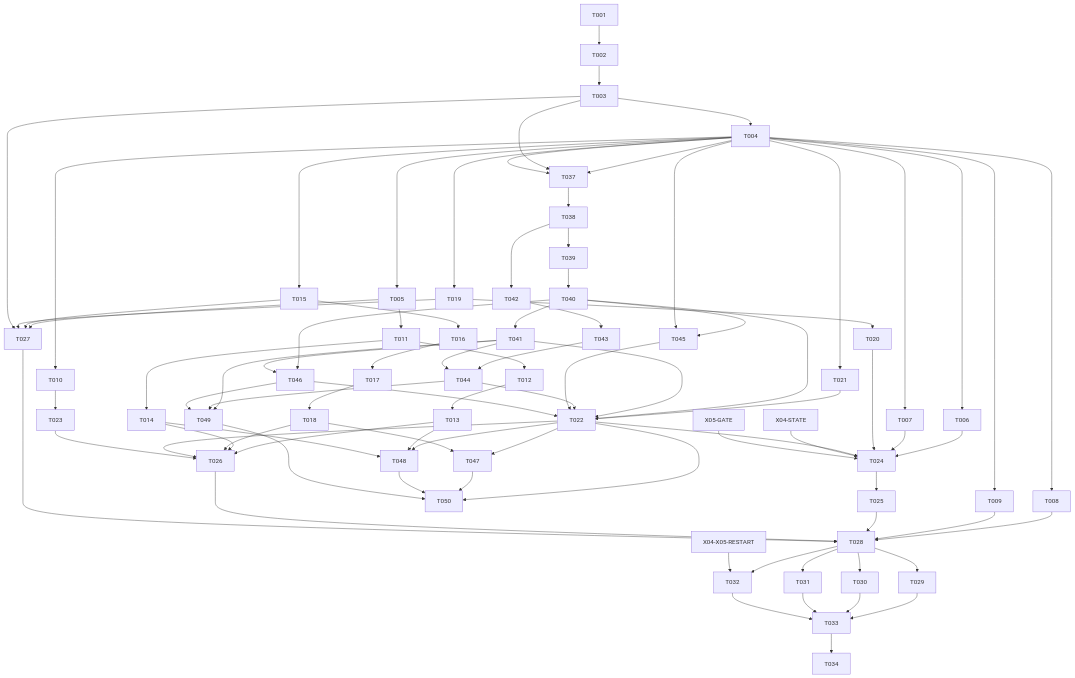
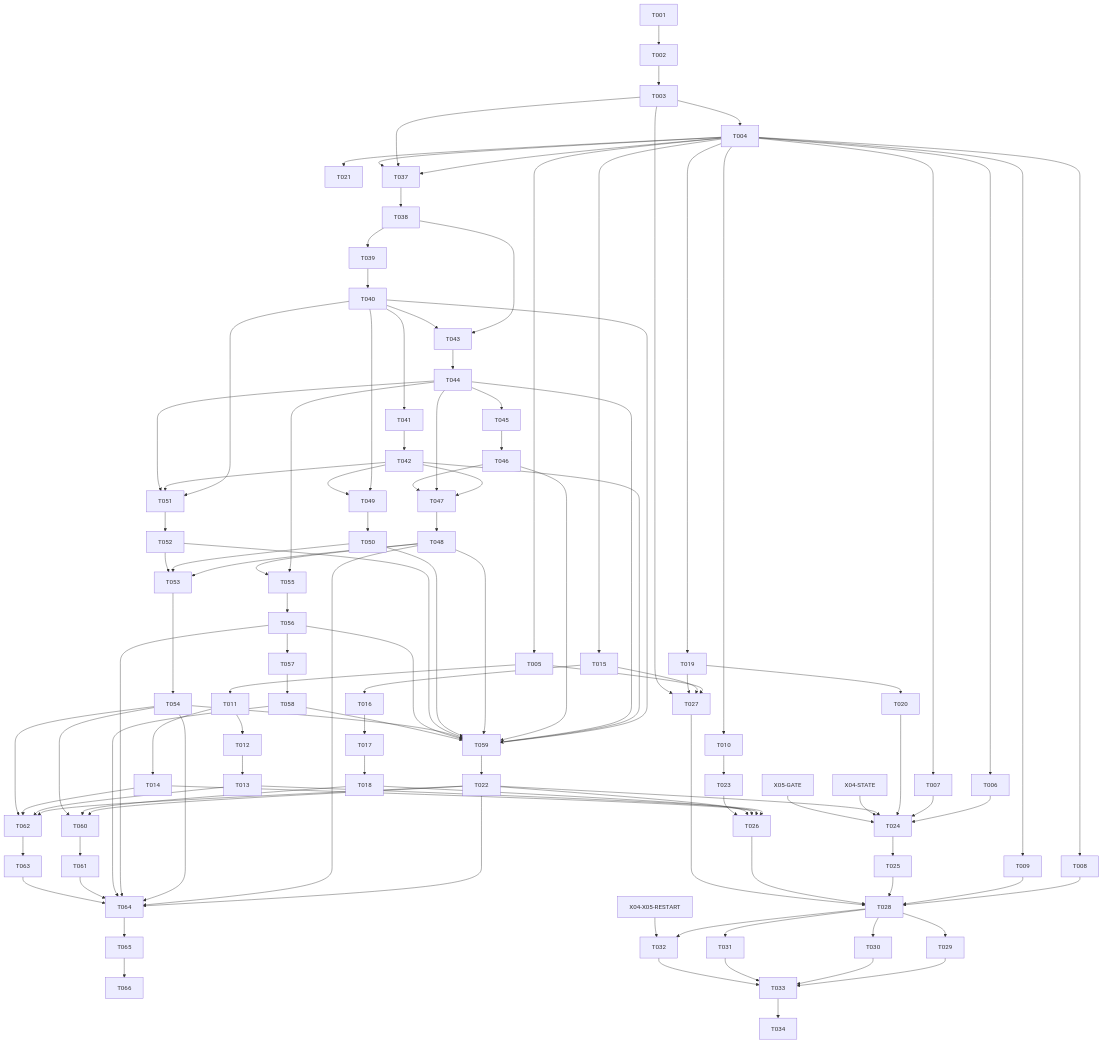
Before and after one commit to pminhtaiii/slop-loop: the diagram in specs/001-verified-code-repair/tasks.md, drawn with Mermaid. The commit also changed other lines of this file and 2 other files, not shown here.

````diff
--- a/specs/001-verified-code-repair/tasks.md
+++ b/specs/001-verified-code-repair/tasks.md
@@ -251,31 +251,33 @@
 ```mermaid
 flowchart TD
     T001 --> T002 --> T003 --> T004
     T004 --> T005 & T006 & T007 & T008 & T009 & T010 & T015 & T019 & T021 & T037
     T005 --> T011
     T011 --> T012 --> T013
     T011 --> T014
     T015 --> T016 --> T017 --> T018
     T019 --> T020
     T010 --> T023
-    T003 & T004 --> T037 --> T038 --> T039 --> T040 --> T041
-    T038 --> T042 --> T043 --> T044
-    T041 --> T044
-    T040 & T004 --> T045
-    T040 & T041 --> T046
-    T021 & T040 & T041 & T044 & T045 & T046 --> T022
-    T022 & T018 --> T047
-    T022 & T013 & T014 --> T048
-    T041 & T044 & T046 --> T049
-    T022 & T047 & T048 & T049 --> T050
+    T003 & T004 --> T037 --> T038 --> T039 --> T040 --> T041 --> T042
+    T038 & T040 --> T043 --> T044
+    T040 & T042 --> T049 --> T050
+    T040 & T042 & T044 --> T051 --> T052
+    T044 --> T045 --> T046
+    T042 & T044 & T046 --> T047 --> T048
+    T048 & T050 & T052 --> T053 --> T054
+    T044 & T048 --> T055 --> T056 --> T057 --> T058
+    T040 & T042 & T044 & T046 & T048 & T050 & T052 & T054 & T056 & T058 --> T059 --> T022
+    T022 & T018 & T054 --> T060 --> T061
+    T022 & T013 & T014 & T054 --> T062 --> T063
+    T022 & T048 & T054 & T056 & T058 & T061 & T063 --> T064 --> T065 --> T066
     T006 & T007 & T020 & T022 --> T024
     X04[X04-STATE] --> T024
     X05[X05-GATE] --> T024
     T024 --> T025
     T013 & T014 & T018 & T022 & T023 --> T026
     T005 & T015 & T019 & T003 --> T027
     T008 & T009 & T025 & T026 & T027 --> T028
     T028 --> T029 & T030 & T031 & T032
     XR[X04-X05-RESTART] --> T032
     T029 & T030 & T031 & T032 --> T033 --> T034
 ```
````
